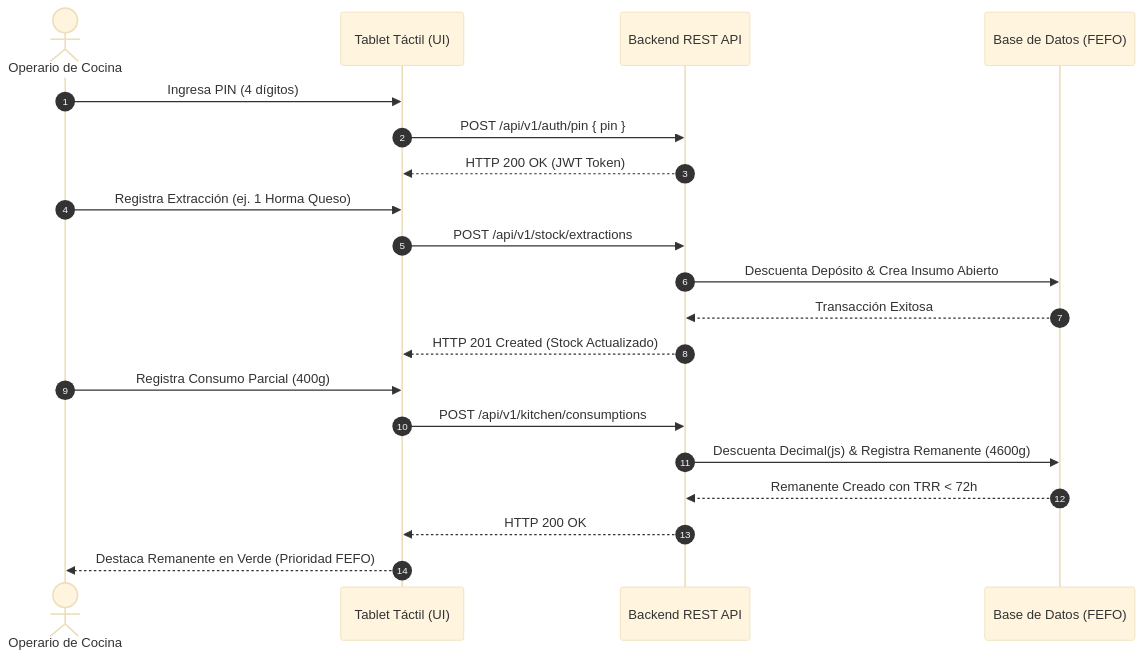
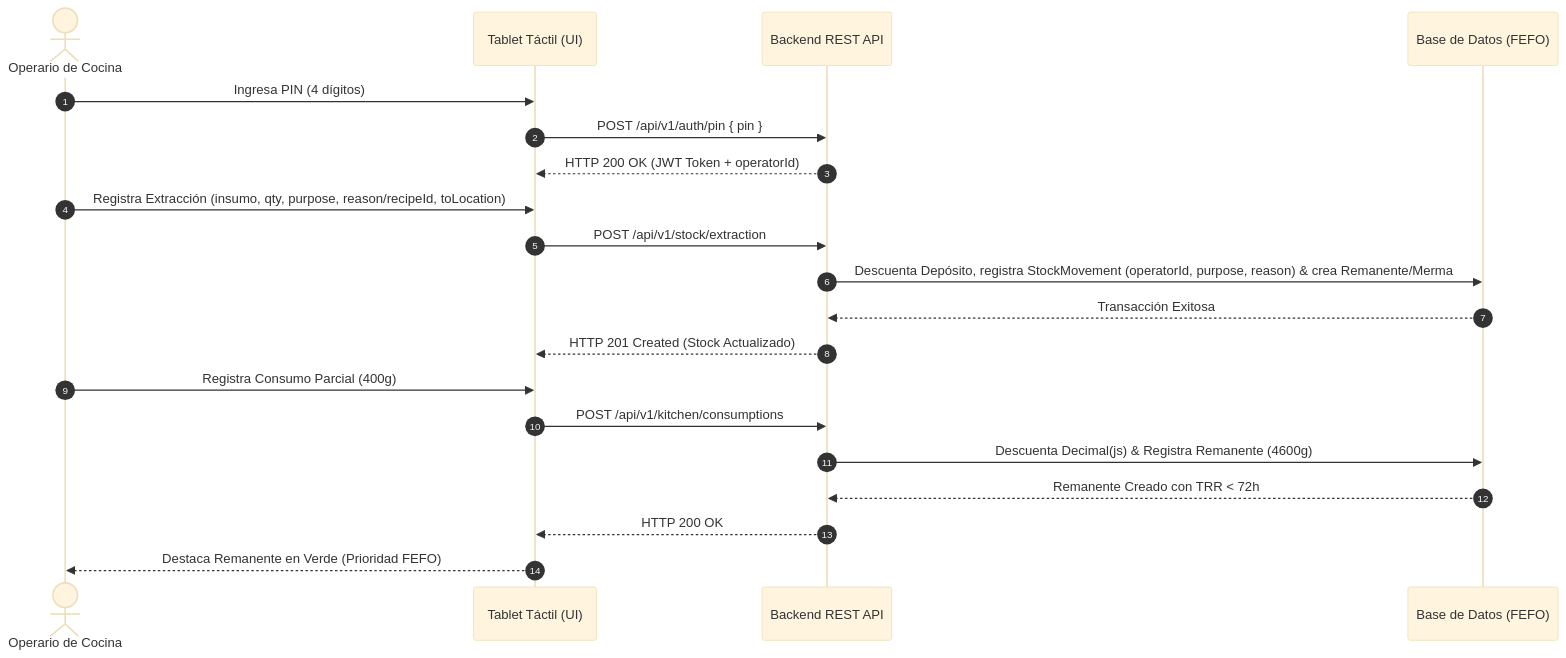
The diagram in docs/01_product_definition/02_prd.md (LIDR-academy/AI4Devs-finalproject), drawn with Mermaid (base theme) before and after one commit. The commit also changed other lines of this file and 68 other files, not shown here.

````diff
--- a/docs/01_product_definition/02_prd.md
+++ b/docs/01_product_definition/02_prd.md
@@ -102,26 +102,26 @@
 ```mermaid
 sequenceDiagram
     autonumber
     actor OP as Operario de Cocina
     participant TAB as Tablet Táctil (UI)
     participant API as Backend REST API
     participant DB as Base de Datos (FEFO)
 
     OP->>TAB: Ingresa PIN (4 dígitos)
     TAB->>API: POST /api/v1/auth/pin { pin }
-    API-->>TAB: HTTP 200 OK (JWT Token)
+    API-->>TAB: HTTP 200 OK (JWT Token + operatorId)
 
-    OP->>TAB: Registra Extracción (ej. 1 Horma Queso)
-    TAB->>API: POST /api/v1/stock/extractions
-    API->>DB: Descuenta Depósito & Crea Insumo Abierto
+    OP->>TAB: Registra Extracción (insumo, qty, purpose, reason/recipeId, toLocation)
+    TAB->>API: POST /api/v1/stock/extraction
+    API->>DB: Descuenta Depósito, registra StockMovement (operatorId, purpose, reason) & crea Remanente/Merma
     DB-->>API: Transacción Exitosa
     API-->>TAB: HTTP 201 Created (Stock Actualizado)
 
     OP->>TAB: Registra Consumo Parcial (400g)
     TAB->>API: POST /api/v1/kitchen/consumptions
     API->>DB: Descuenta Decimal(js) & Registra Remanente (4600g)
     DB-->>API: Remanente Creado con TRR < 72h
     API-->>TAB: HTTP 200 OK
 
     TAB-->>OP: Destaca Remanente en Verde (Prioridad FEFO)
 ```
````
